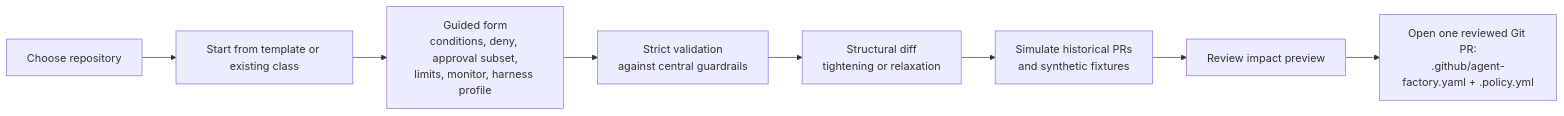
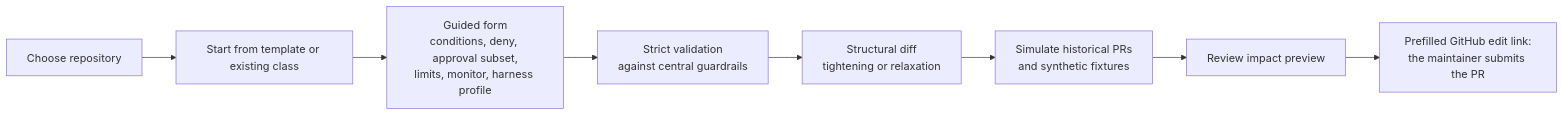
The second of 3 diagrams in docs/superpowers/specs/2026-11-04-merge-policy-self-service-design.md (Smana/ai-native-ref), drawn with Mermaid before and after one commit. The commit also changed other lines of this file and 1 other file, not shown here.

Commit message:
docs(specs): record the owner's answers on policy PR authorship, docs-broad and the shadow branch

````diff
--- a/docs/superpowers/specs/2026-11-04-merge-policy-self-service-design.md
+++ b/docs/superpowers/specs/2026-11-04-merge-policy-self-service-design.md
@@ -294,10 +296,10 @@
 ```mermaid
 flowchart LR
   start["Choose repository"] --> choose["Start from template or existing class"]
   choose --> edit["Guided form<br/>conditions, deny, approval subset,<br/>limits, monitor, harness profile"]
   edit --> validate["Strict validation<br/>against central guardrails"]
   validate --> structural["Structural diff<br/>tightening or relaxation"]
   structural --> simulate["Simulate historical PRs<br/>and synthetic fixtures"]
   simulate --> review["Review impact preview"]
-  review --> pr["Open one reviewed Git PR:<br/>.github/agent-factory.yaml + .policy.yml"]
+  review --> pr["Prefilled GitHub edit link:<br/>the maintainer submits the PR"]
 ```
````
